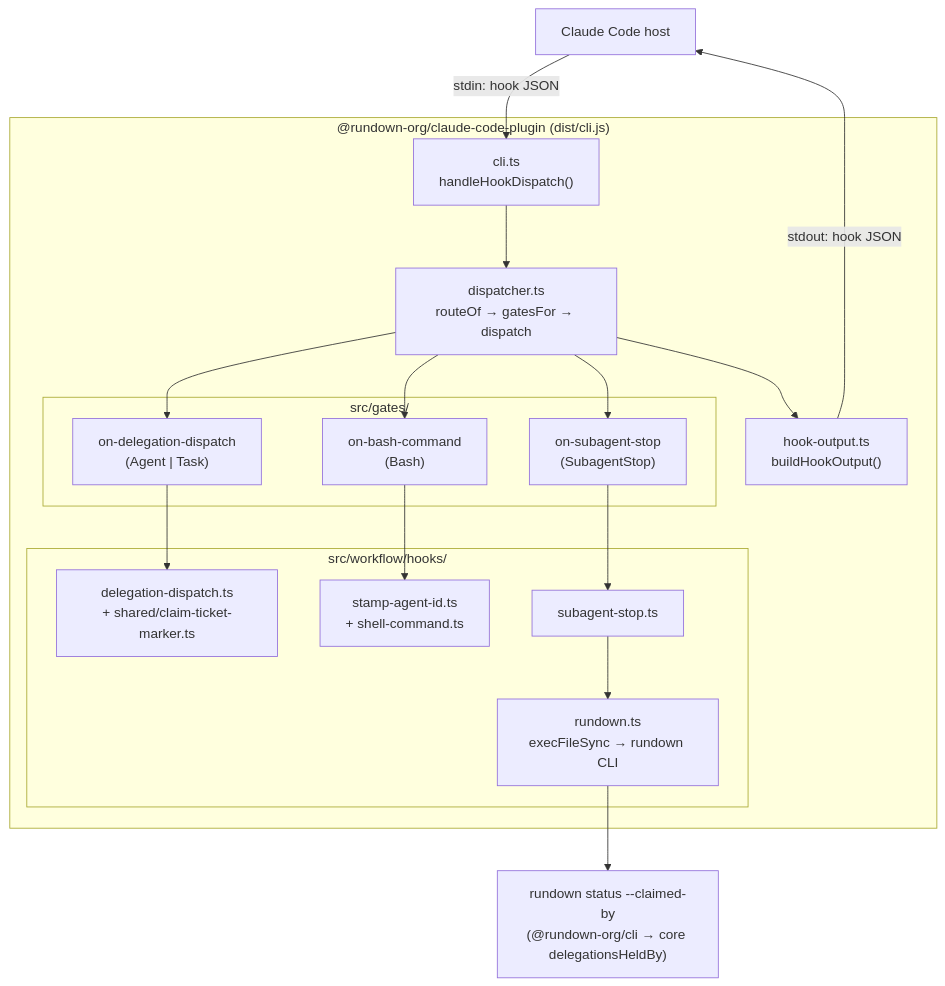
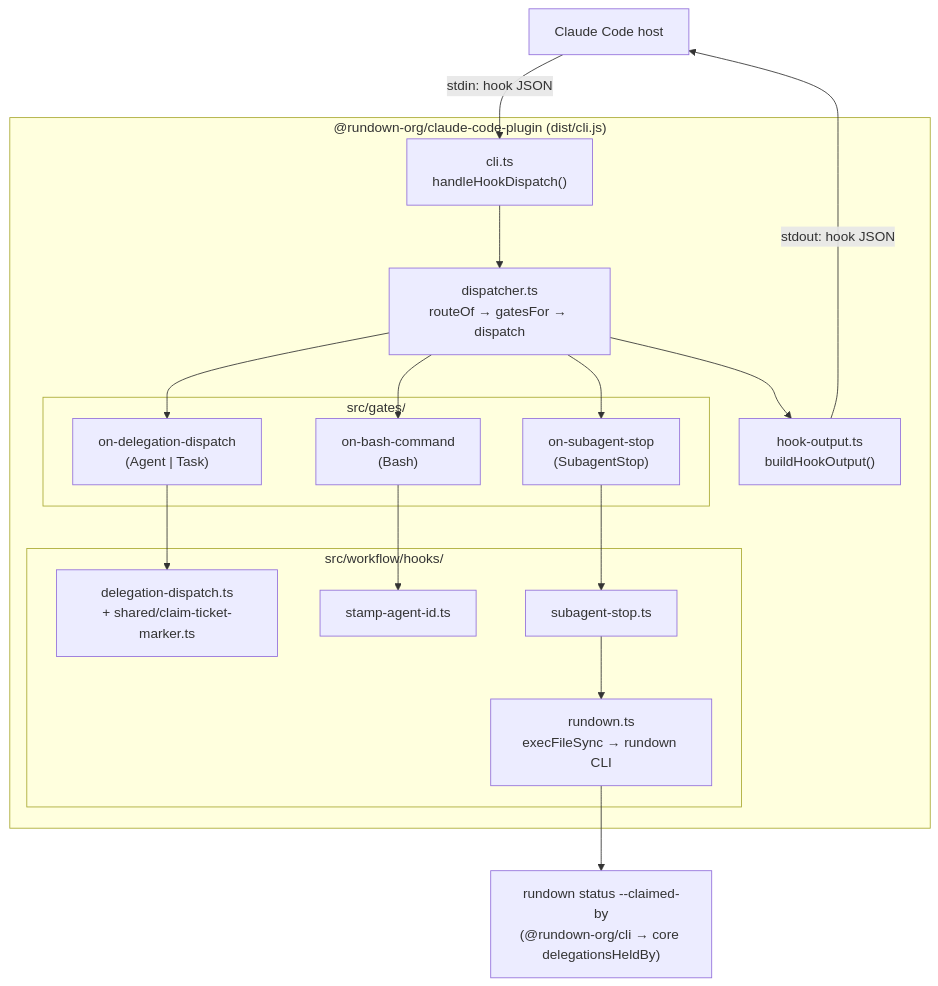
One commit to tobyhede/rundown changed the first of 2 diagrams in packages/claude-code-plugin/docs/plugin-overview.md. Above: the diagram before and after it, drawn with Mermaid. The commit also changed other lines of this file and 51 other files, not shown here.

````diff
--- a/packages/claude-code-plugin/docs/plugin-overview.md
+++ b/packages/claude-code-plugin/docs/plugin-overview.md
@@ -26,31 +26,31 @@
 ```mermaid
 flowchart TD
     CC["Claude Code host"] -->|stdin: hook JSON| CLI
 
     subgraph plugin["@rundown-org/claude-code-plugin (dist/cli.js)"]
         CLI["cli.ts<br/>handleHookDispatch()"]
         DISP["dispatcher.ts<br/>routeOf → gatesFor → dispatch"]
         OUT["hook-output.ts<br/>buildHookOutput()"]
 
         subgraph gates["src/gates/"]
             G1["on-delegation-dispatch<br/>(Agent | Task)"]
             G2["on-bash-command<br/>(Bash)"]
             G3["on-subagent-stop<br/>(SubagentStop)"]
         end
 
         subgraph handlers["src/workflow/hooks/"]
             H1["delegation-dispatch.ts<br/>+ shared/claim-ticket-marker.ts"]
-            H2["stamp-agent-id.ts<br/>+ shell-command.ts"]
+            H2["stamp-agent-id.ts"]
             H3["subagent-stop.ts"]
             HR["rundown.ts<br/>execFileSync → rundown CLI"]
         end
     end
 
     RD["rundown status --claimed-by<br/>(@rundown-org/cli → core delegationsHeldBy)"]
 
     CLI --> DISP
     DISP --> G1 --> H1
     DISP --> G2 --> H2
     DISP --> G3 --> H3 --> HR --> RD
     DISP --> OUT -->|stdout: hook JSON| CC
 ```
````
